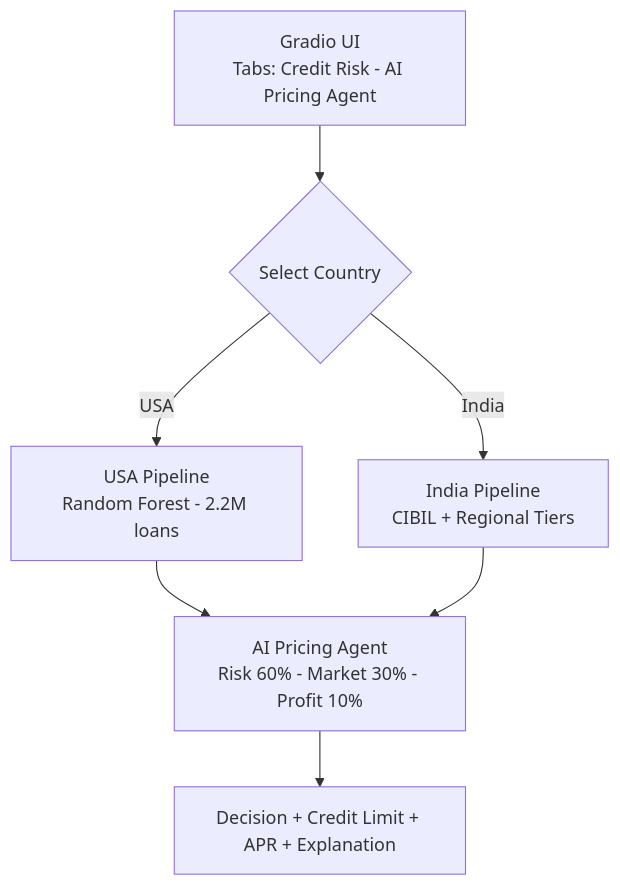
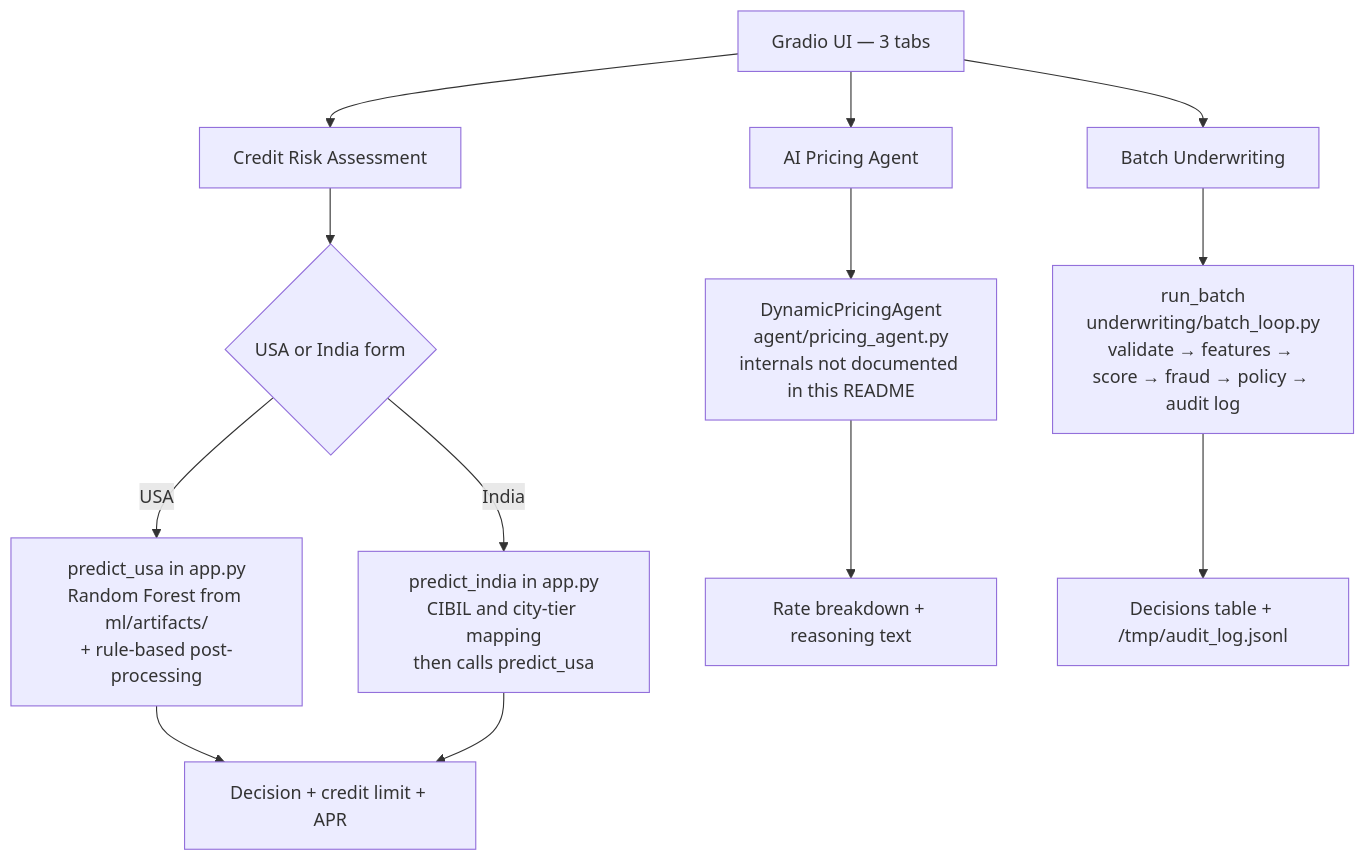
One commit to ShivVIT2019/creditai-global changed the diagram in README.md. Above: the diagram before and after it, drawn with Mermaid. The commit also changed other lines of this file, not shown here.

First line of the commit message:
docs: rewrite README to match code (per Boardy audit)

````diff
--- a/README.md
+++ b/README.md
@@ -54,9 +58,19 @@
 ```mermaid
 flowchart TD
-    UI[Gradio UI<br/>Tabs: Credit Risk - AI Pricing Agent] --> ROUTE{Select Country}
-    ROUTE -->|USA| USA[USA Pipeline<br/>Random Forest - 2.2M loans]
-    ROUTE -->|India| IND[India Pipeline<br/>CIBIL + Regional Tiers]
-    USA --> AGENT[AI Pricing Agent<br/>Risk 60% - Market 30% - Profit 10%]
-    IND --> AGENT
-    AGENT --> OUT[Decision + Credit Limit + APR + Explanation]
+    UI[Gradio UI — 3 tabs]
+    UI --> T1[Credit Risk Assessment]
+    UI --> T2[AI Pricing Agent]
+    UI --> T3[Batch Underwriting]
+
+    T1 --> ROUTE{USA or India form}
+    ROUTE -->|USA| USA[predict_usa in app.py<br/>Random Forest from ml/artifacts/<br/>+ rule-based post-processing]
+    ROUTE -->|India| IND[predict_india in app.py<br/>CIBIL and city-tier mapping<br/>then calls predict_usa]
+    USA --> OUT1[Decision + credit limit + APR]
+    IND --> OUT1
+
+    T2 --> AGENT[DynamicPricingAgent<br/>agent/pricing_agent.py<br/>internals not documented in this README]
+    AGENT --> OUT2[Rate breakdown + reasoning text]
+
+    T3 --> BATCH[run_batch<br/>underwriting/batch_loop.py<br/>validate → features → score → fraud → policy → audit log]
+    BATCH --> OUT3[Decisions table + /tmp/audit_log.jsonl]
 ```
````
